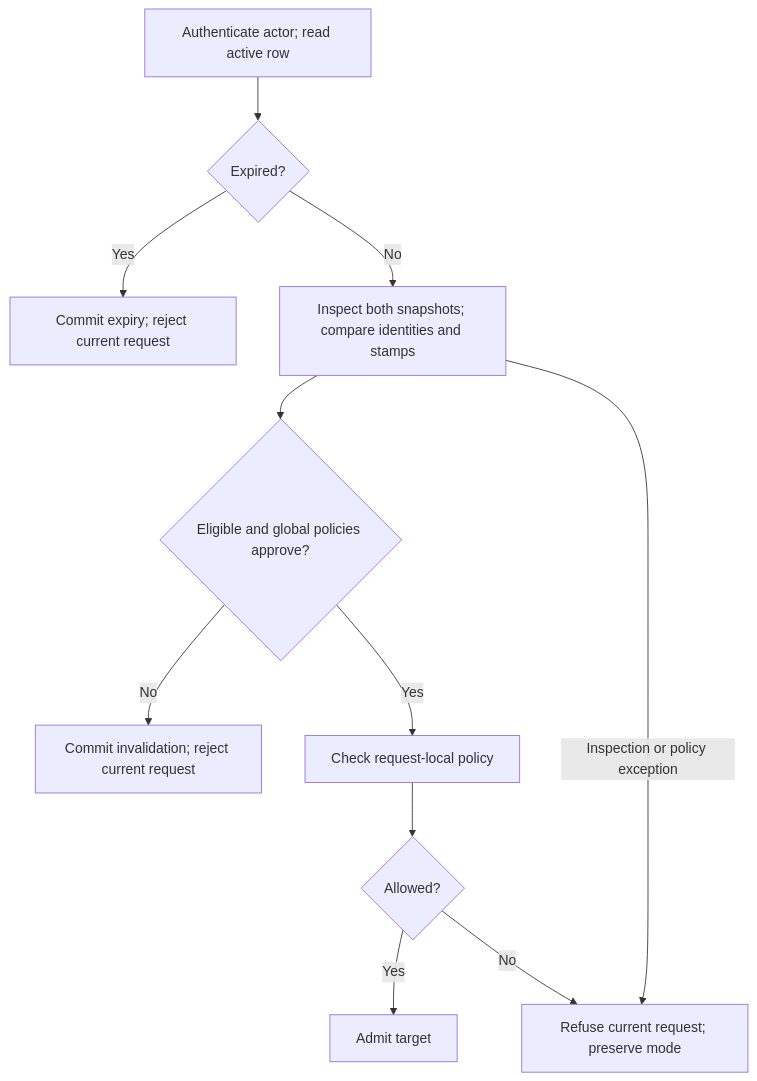
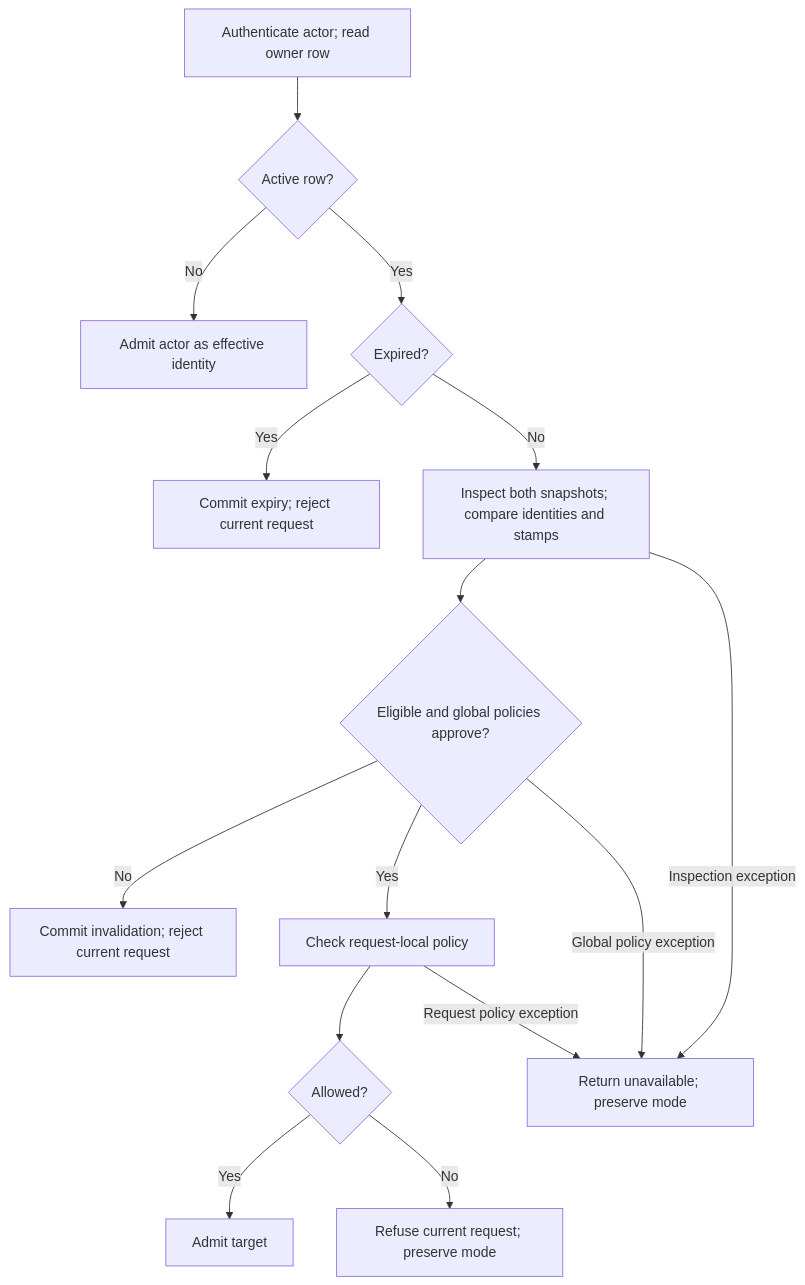
The second of 2 diagrams in user-stories/protect-native-account/us-account-03-invalidate-account-snapshot.md (Kevinjohn/oss-adonisjs-masquerade), drawn with Mermaid before and after one commit. The commit also changed other lines of this file and 20 other files, not shown here.

````diff
--- a/user-stories/protect-native-account/us-account-03-invalidate-account-snapshot.md
+++ b/user-stories/protect-native-account/us-account-03-invalidate-account-snapshot.md
@@ -30,13 +30,17 @@
 ```mermaid
 flowchart TD
-    A["Authenticate actor; read active row"] --> P{"Expired?"}
+    A["Authenticate actor; read owner row"] --> A2{"Active row?"}
+    A2 -->|No| N["Admit actor as effective identity"]
+    A2 -->|Yes| P{"Expired?"}
     P -->|Yes| X["Commit expiry; reject current request"]
     P -->|No| B["Inspect both snapshots; compare identities and stamps"]
     B --> Q{"Eligible and global policies approve?"}
     Q -->|No| C["Commit invalidation; reject current request"]
     Q -->|Yes| D["Check request-local policy"]
     D --> E{"Allowed?"}
     E -->|Yes| F["Admit target"]
     E -->|No| R["Refuse current request; preserve mode"]
-    B -->|Inspection or policy exception| R
+    B -->|Inspection exception| U["Return unavailable; preserve mode"]
+    Q -->|Global policy exception| U
+    D -->|Request policy exception| U
 ```
````
